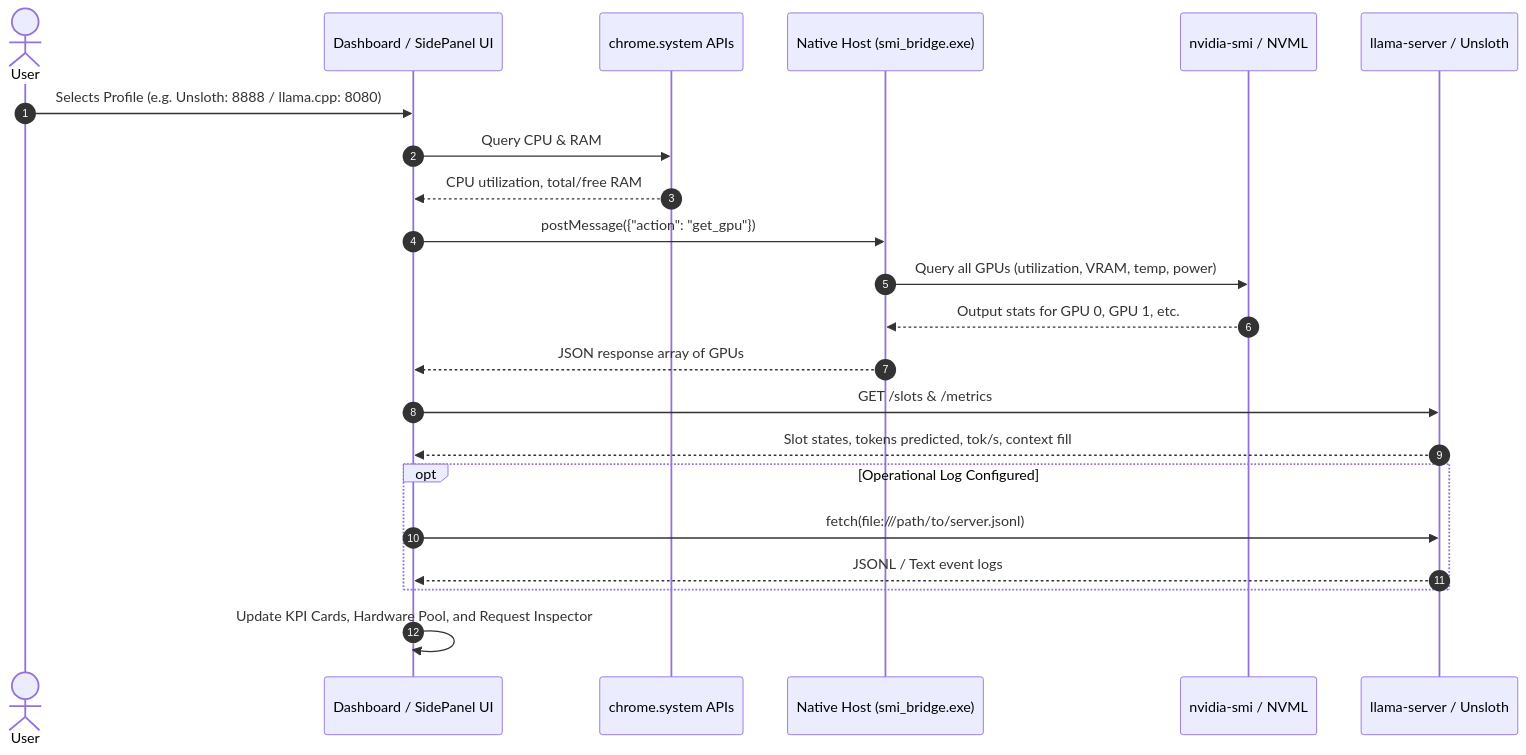
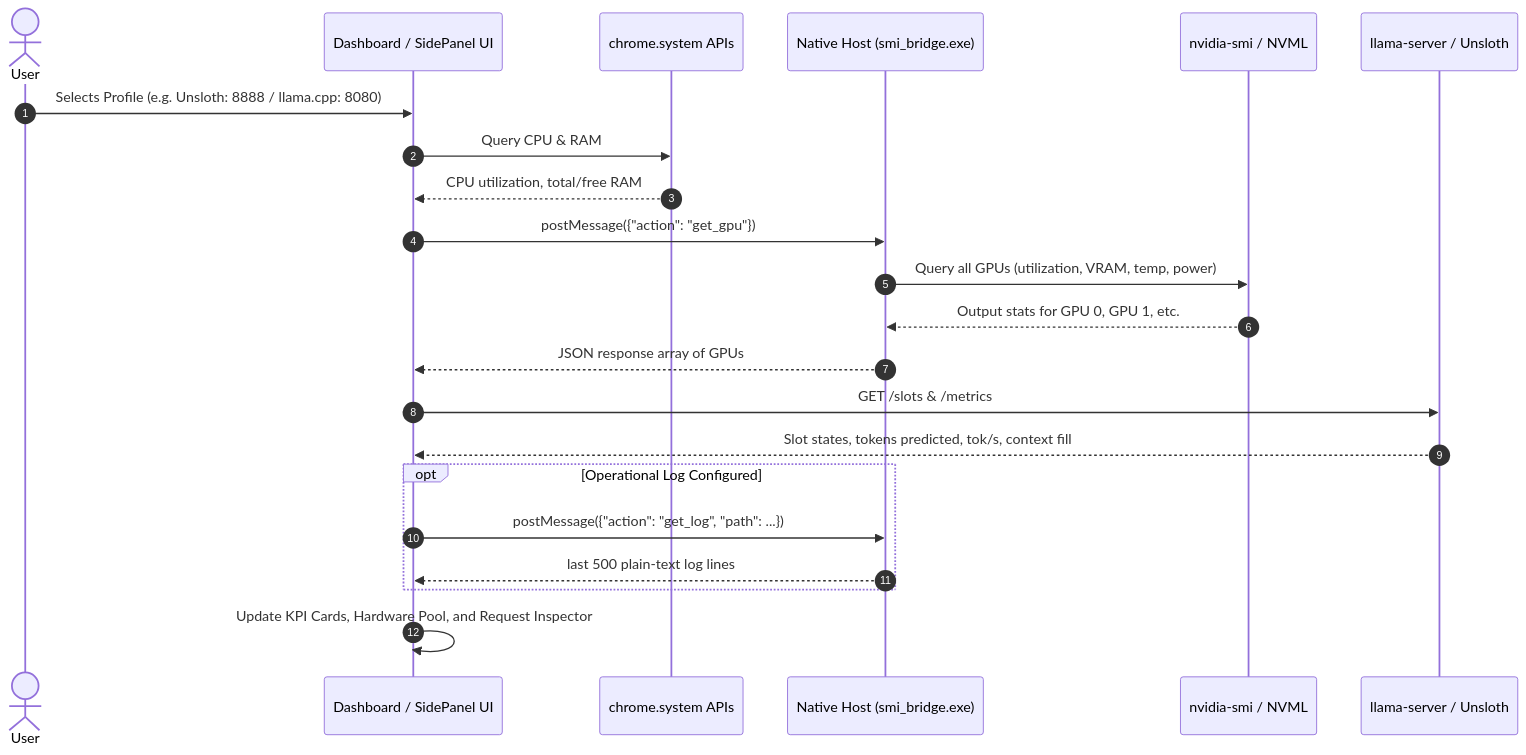
One commit to oh-codes/LLamaMonitor changed the diagram in ARCHITECTURE.md. Above: the diagram before and after it, drawn with Mermaid. The commit also changed other lines of this file and 1 other file, not shown here.

First line of the commit message:
docs: slim README and correct data-path notes

````diff
--- a/ARCHITECTURE.md
+++ b/ARCHITECTURE.md
@@ -69,29 +69,29 @@
 ```mermaid
 sequenceDiagram
     autonumber
     actor User
     participant UI as Dashboard / SidePanel UI
     participant ChromeSys as chrome.system APIs
     participant NativeHost as Native Host (smi_bridge.exe)
     participant GPU as nvidia-smi / NVML
     participant Server as llama-server / Unsloth
 
     User->>UI: Selects Profile (e.g. Unsloth: 8888 / llama.cpp: 8080)
     UI->>ChromeSys: Query CPU & RAM
     ChromeSys-->>UI: CPU utilization, total/free RAM
 
     UI->>NativeHost: postMessage({"action": "get_gpu"})
     NativeHost->>GPU: Query all GPUs (utilization, VRAM, temp, power)
     GPU-->>NativeHost: Output stats for GPU 0, GPU 1, etc.
     NativeHost-->>UI: JSON response array of GPUs
 
     UI->>Server: GET /slots & /metrics
     Server-->>UI: Slot states, tokens predicted, tok/s, context fill
 
     opt Operational Log Configured
-        UI->>Server: fetch(file:///path/to/server.jsonl)
-        Server-->>UI: JSONL / Text event logs
+        UI->>NativeHost: postMessage({"action": "get_log", "path": ...})
+        NativeHost-->>UI: last 500 plain-text log lines
     end
 
     UI->>UI: Update KPI Cards, Hardware Pool, and Request Inspector
 ```
````
